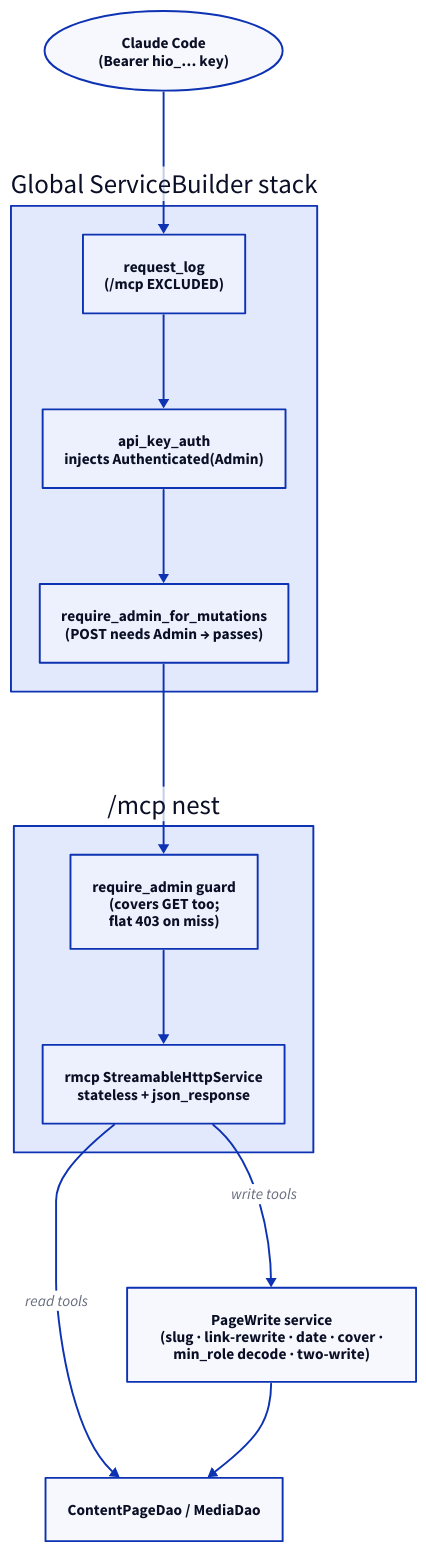
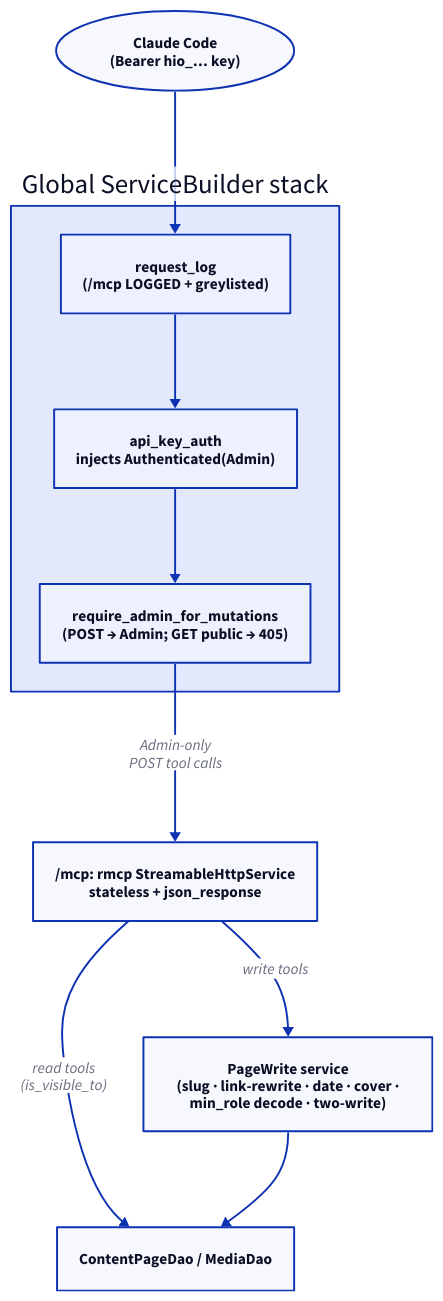
Before and after one commit to chotchki/hotchkiss-io: the diagram in docs/mcp-publishing-design.md, drawn with D2. The commit also changed other lines of this file and 5 other files, not shown here.

````diff
--- a/docs/mcp-publishing-design.md
+++ b/docs/mcp-publishing-design.md
@@ -25,26 +25,21 @@
 ```d2
 direction: down
 client: "Claude Code\n(Bearer hio_… key)" {shape: oval}
 
 stack: Global ServiceBuilder stack {
-  log: "request_log\n(/mcp EXCLUDED)" {shape: rectangle}
+  log: "request_log\n(/mcp LOGGED + greylisted)" {shape: rectangle}
   apikey: "api_key_auth\ninjects Authenticated(Admin)" {shape: rectangle}
-  authz: "require_admin_for_mutations\n(POST needs Admin → passes)" {shape: rectangle}
+  authz: "require_admin_for_mutations\n(POST → Admin; GET public → 405)" {shape: rectangle}
   log -> apikey -> authz
 }
 
-nest: "/mcp nest" {
-  guard: "require_admin guard\n(covers GET too;\nflat 403 on miss)" {shape: rectangle}
-  svc: "rmcp StreamableHttpService\nstateless + json_response" {shape: rectangle}
-  guard -> svc
-}
-
+svc: "/mcp: rmcp StreamableHttpService\nstateless + json_response" {shape: rectangle}
 pagewrite: "PageWrite service\n(slug · link-rewrite · date · cover ·\nmin_role decode · two-write)" {shape: rectangle}
 dao: "ContentPageDao / MediaDao" {shape: rectangle}
 
 client -> stack.log
-stack.authz -> nest.guard
-nest.svc -> pagewrite: "write tools"
-nest.svc -> dao: "read tools"
+stack.authz -> svc: "Admin-only\nPOST tool calls"
+svc -> pagewrite: "write tools"
+svc -> dao: "read tools\n(is_visible_to)"
 pagewrite -> dao
 ```
````
